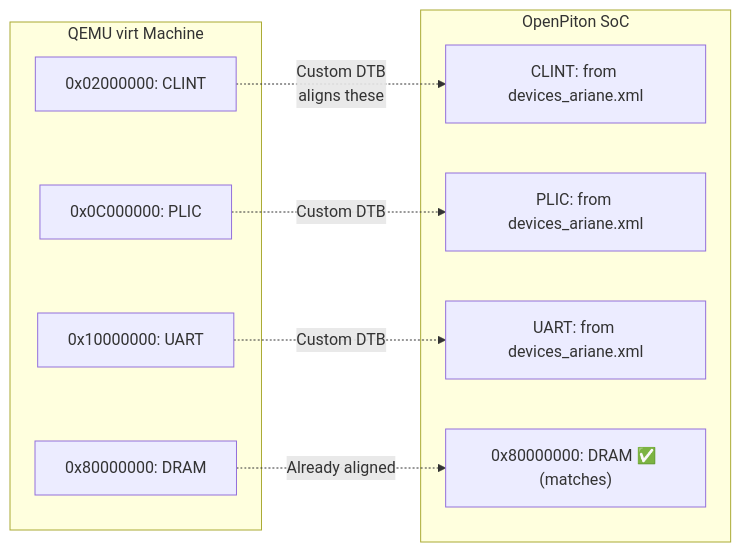
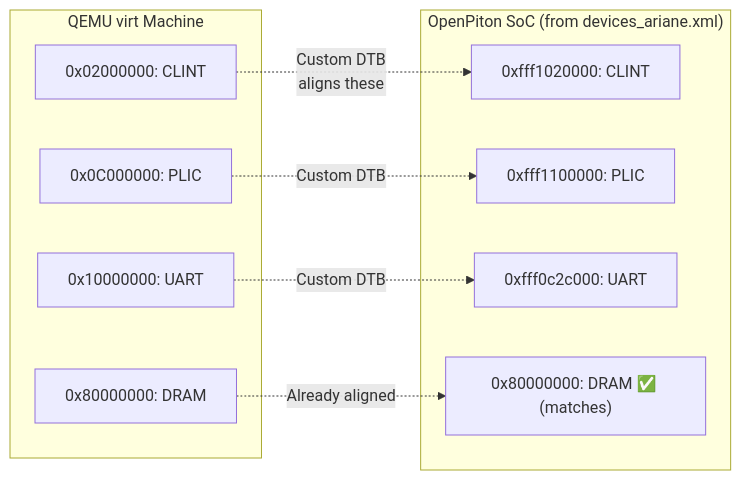
The fifth of 7 diagrams in docs/proposal_final.md (radheshyam2006/gsoc26-minimumlinuxboot), drawn with Mermaid before and after one commit. The commit also changed other lines of this file, not shown here.

````diff
--- a/docs/proposal_final.md
+++ b/docs/proposal_final.md
@@ -211,21 +228,21 @@
 ```mermaid
 graph LR
     subgraph "QEMU virt Machine"
         Q1["0x02000000: CLINT"]
         Q2["0x0C000000: PLIC"]
         Q3["0x10000000: UART"]
         Q4["0x80000000: DRAM"]
     end
     
-    subgraph "OpenPiton SoC"
-        O1["CLINT: from devices_ariane.xml"]
-        O2["PLIC: from devices_ariane.xml"]
-        O3["UART: from devices_ariane.xml"]
+    subgraph "OpenPiton SoC (from devices_ariane.xml)"
+        O1["0xfff1020000: CLINT"]
+        O2["0xfff1100000: PLIC"]
+        O3["0xfff0c2c000: UART"]
         O4["0x80000000: DRAM ✅ (matches)"]
     end
     
     Q1 -.->|"Custom DTB<br/>aligns these"| O1
     Q2 -.->|"Custom DTB"| O2
     Q3 -.->|"Custom DTB"| O3
     Q4 -.->|"Already aligned"| O4
 ```
````
